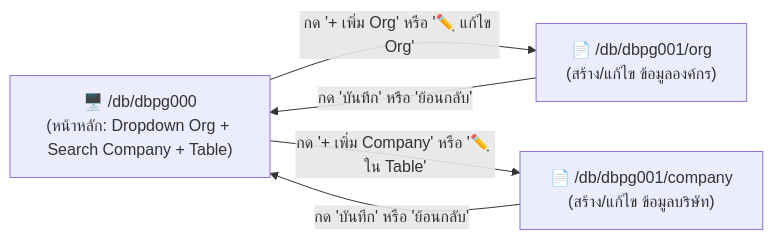
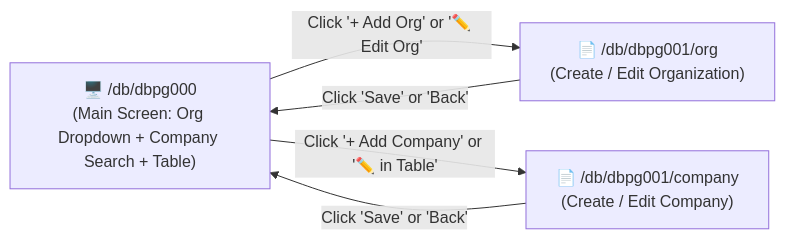
Before and after one commit to alienx1/rust_arch: the diagram in docs/programs/DBPG001_ORGANIZATIONS.md, drawn with Mermaid. The commit also changed other lines of this file and 81 other files, not shown here.

````diff
--- a/docs/programs/DBPG001_ORGANIZATIONS.md
+++ b/docs/programs/DBPG001_ORGANIZATIONS.md
@@ -39,10 +37,10 @@
 ```mermaid
 graph LR
-    MAIN["🖥️ /db/dbpg000<br/>(หน้าหลัก: Dropdown Org + Search Company + Table)"]
+    MAIN["🖥️ /db/dbpg000<br/>(Main Screen: Org Dropdown + Company Search + Table)"]
     
-    MAIN -->|กด '+ เพิ่ม Org' หรือ '✏️ แก้ไข Org'| ORG_PAGE["📄 /db/dbpg001/org<br/>(สร้าง/แก้ไข ข้อมูลองค์กร)"]
-    MAIN -->|กด '+ เพิ่ม Company' หรือ '✏️ ใน Table'| CMP_PAGE["📄 /db/dbpg001/company<br/>(สร้าง/แก้ไข ข้อมูลบริษัท)"]
+    MAIN -->|Click '+ Add Org' or '✏️ Edit Org'| ORG_PAGE["📄 /db/dbpg001/org<br/>(Create / Edit Organization)"]
+    MAIN -->|Click '+ Add Company' or '✏️ in Table'| CMP_PAGE["📄 /db/dbpg001/company<br/>(Create / Edit Company)"]
     
-    ORG_PAGE -->|กด 'บันทึก' หรือ 'ย้อนกลับ'| MAIN
-    CMP_PAGE -->|กด 'บันทึก' หรือ 'ย้อนกลับ'| MAIN
+    ORG_PAGE -->|Click 'Save' or 'Back'| MAIN
+    CMP_PAGE -->|Click 'Save' or 'Back'| MAIN
 ```
````
